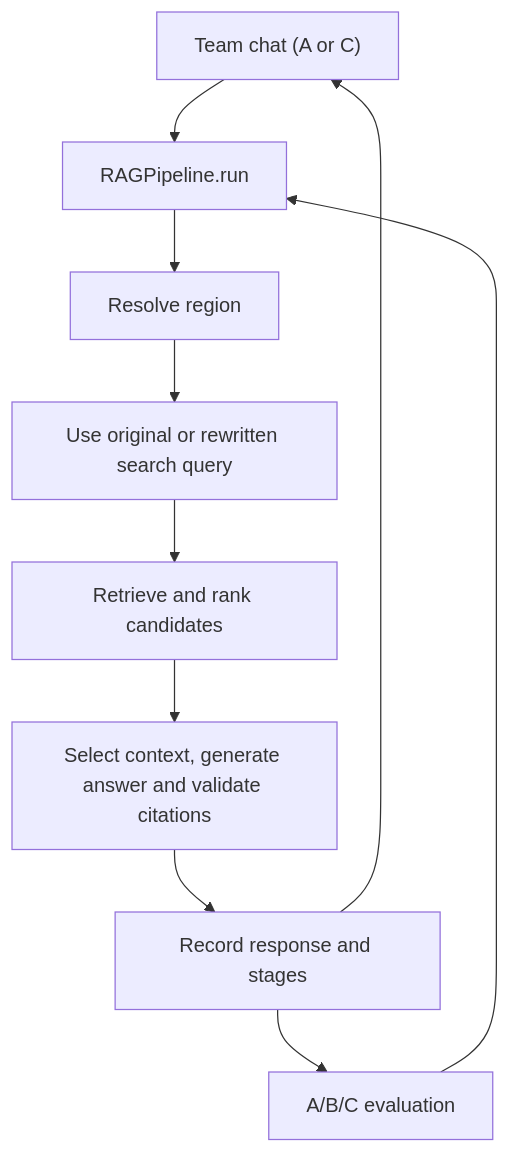
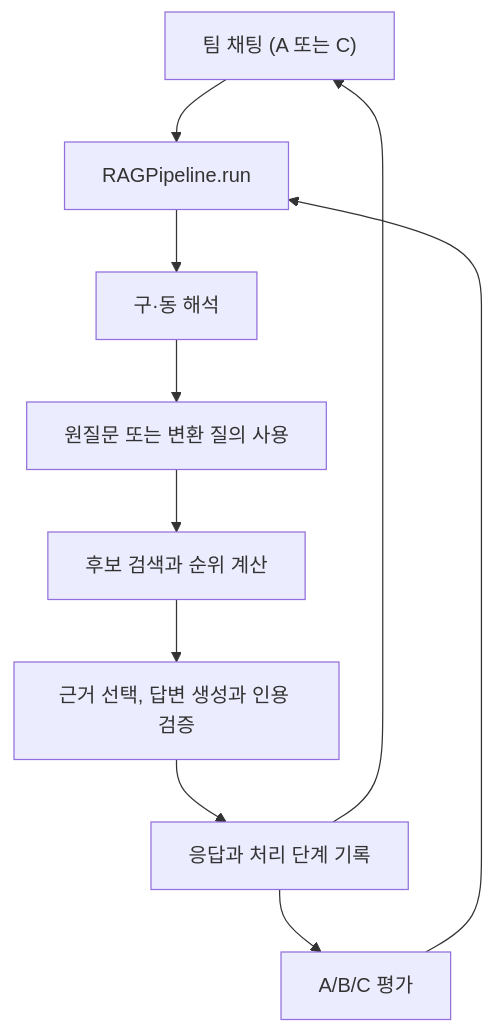
The diagram in docs/architecture.md (kssk3/best-driver-rag-project), drawn with Mermaid before and after one commit. The commit also changed other lines of this file and 3 other files, not shown here.

````diff
--- a/docs/architecture.md
+++ b/docs/architecture.md
@@ -134,12 +135,12 @@
 ```mermaid
 flowchart TD
-    UI["Team chat (A or C)"] --> P["RAGPipeline.run"]
-    E["A/B/C evaluation"] --> P
-    P --> R["Resolve region"]
-    R --> Q["Use original or rewritten search query"]
-    Q --> S["Retrieve and rank candidates"]
-    S --> G["Select context, generate answer and validate citations"]
-    G --> O["Record response and stages"]
+    UI["팀 채팅 (A 또는 C)"] --> P["RAGPipeline.run"]
+    E["A/B/C 평가"] --> P
+    P --> R["구·동 해석"]
+    R --> Q["원질문 또는 변환 질의 사용"]
+    Q --> S["후보 검색과 순위 계산"]
+    S --> G["근거 선택, 답변 생성과 인용 검증"]
+    G --> O["응답과 처리 단계 기록"]
     O --> UI
     O --> E
 ```
````
